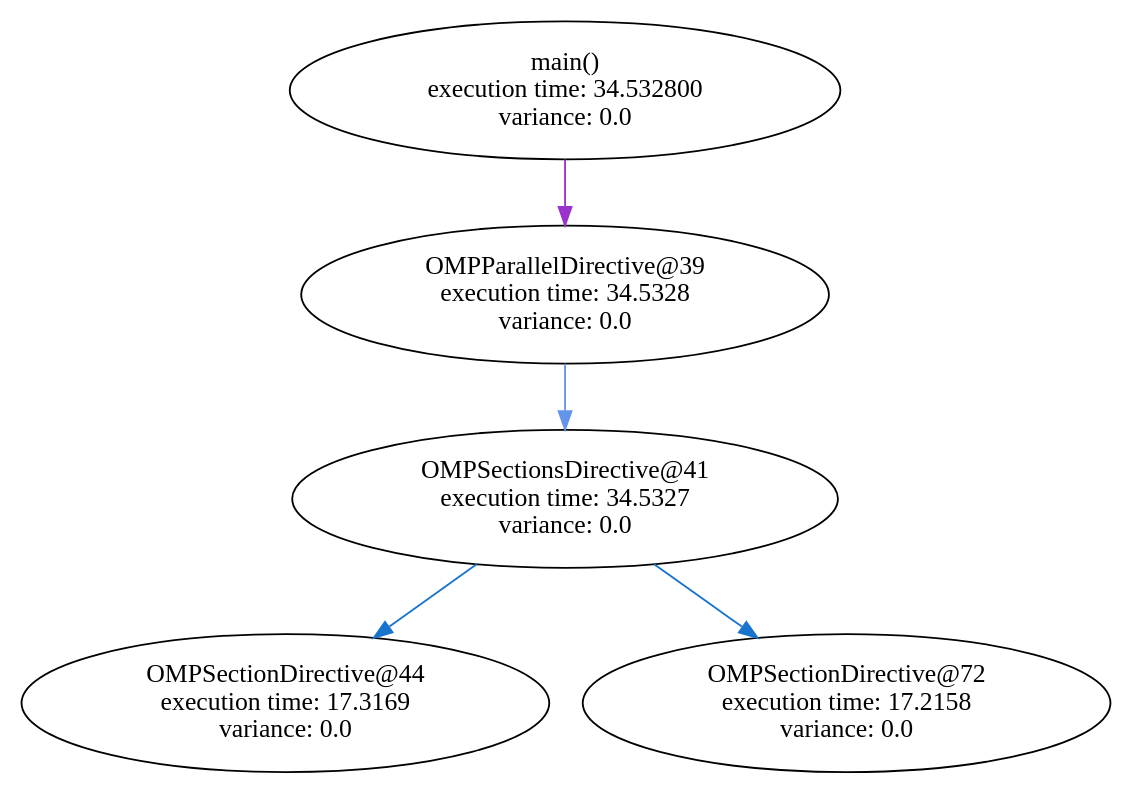
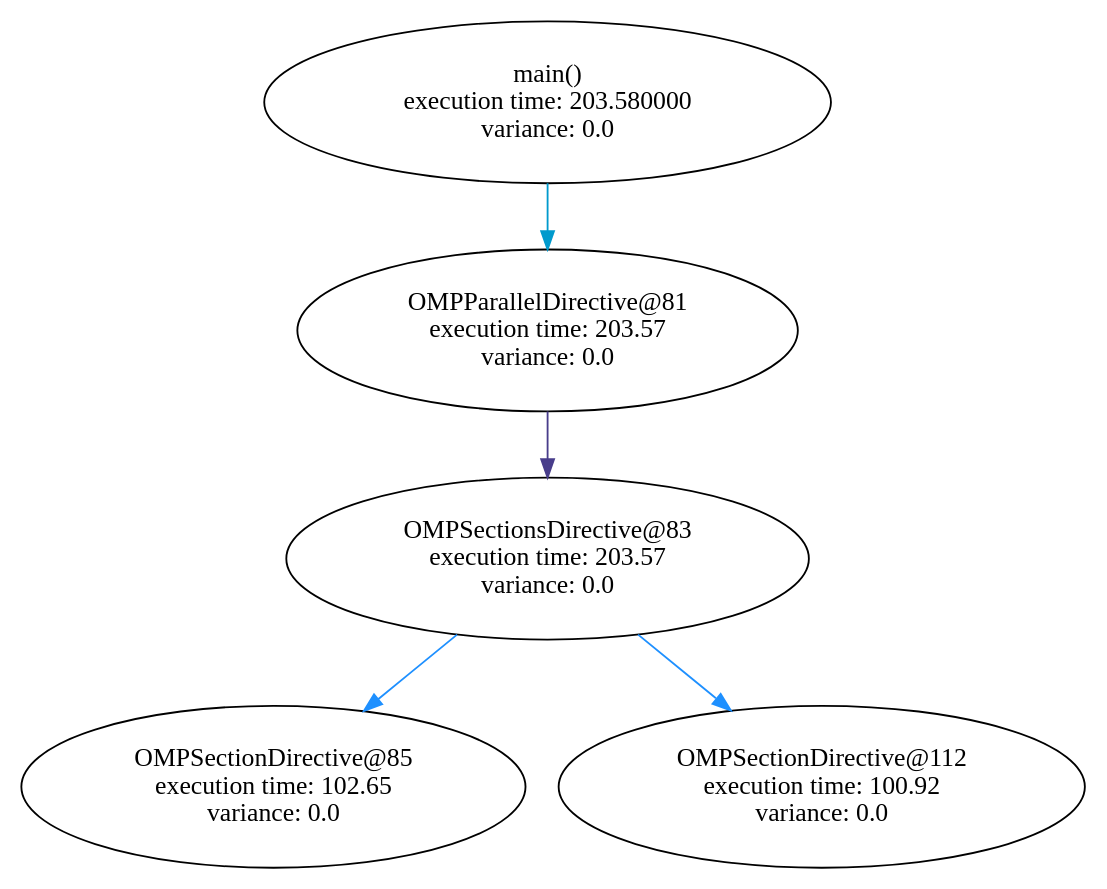
One commit to filippobrizzi/soma changed the diagram in graph_sched/graphs/main_code.dot. Above: the diagram before and after it, drawn with Graphviz. The commit also changed 50 other files, not shown here.

```diff
--- a/graph_sched/graphs/main_code.dot
+++ b/graph_sched/graphs/main_code.dot
@@ -1,32 +1,13 @@
 digraph G {
-	graph [bb="0,0,500,412"];
 	node [label="\N"];
-	main	 [height=1.041,
-		label="main()\n execution time: 34.532800\nvariance: 0.0",
-		pos="250,374",
-		width=3.4507];
-	"OMPParallelDirective@39"	 [height=1.041,
-		label="OMPParallelDirective@39\n execution time: 34.5328\nvariance: 0.0",
-		pos="250,262",
-		width=3.346];
-	main -> "OMPParallelDirective@39"	 [color=darkorchid3,
-		pos="e,250,299.84 250,336.37 250,327.93 250,318.83 250,310.01"];
-	"OMPSectionsDirective@41"	 [height=1.041,
-		label="OMPSectionsDirective@41\n execution time: 34.5327\nvariance: 0.0",
-		pos="250,150",
-		width=3.4507];
-	"OMPParallelDirective@39" -> "OMPSectionsDirective@41"	 [color=cornflowerblue,
-		pos="e,250,187.84 250,224.37 250,215.93 250,206.83 250,198.01"];
-	"OMPSectionDirective@44"	 [height=1.041,
-		label="OMPSectionDirective@44\n execution time: 17.3169\nvariance: 0.0",
-		pos="120,38",
-		width=3.346];
-	"OMPSectionsDirective@41" -> "OMPSectionDirective@44"	 [color=dodgerblue3,
-		pos="e,160.63,73.38 209.22,114.5 196.28,103.54 181.83,91.32 168.4,79.956"];
-	"OMPSectionDirective@72"	 [height=1.041,
-		label="OMPSectionDirective@72\n execution time: 17.2158\nvariance: 0.0",
-		pos="380,38",
-		width=3.346];
-	"OMPSectionsDirective@41" -> "OMPSectionDirective@72"	 [color=dodgerblue3,
-		pos="e,339.37,73.38 290.78,114.5 303.72,103.54 318.17,91.32 331.6,79.956"];
+	graph [bb="0,0,578,460"];
+	main [label="main()\n execution time: 203.580000\nvariance: 0.0", pos="286,416", width="4.2778", height="1.2222"];
+	"OMPParallelDirective@81" [label="OMPParallelDirective@81\n execution time: 203.57\nvariance: 0.0", pos="286,292", width="3.7778", height="1.2222"];
+	"OMPSectionsDirective@83" [label="OMPSectionsDirective@83\n execution time: 203.57\nvariance: 0.0", pos="286,168", width="3.9444", height="1.2222"];
+	"OMPSectionDirective@85" [label="OMPSectionDirective@85\n execution time: 102.65\nvariance: 0.0", pos="137,44", width="3.8056", height="1.2222"];
+	"OMPSectionDirective@112" [label="OMPSectionDirective@112\n execution time: 100.92\nvariance: 0.0", pos="435,44", width="3.9722", height="1.2222"];
+	main -> "OMPParallelDirective@81" [color=deepskyblue3, pos="e,286,336.34 286,371.93 286,363.72 286,355.04 286,346.56"];
+	"OMPParallelDirective@81" -> "OMPSectionsDirective@83" [color=darkslateblue, pos="e,286,212.34 286,247.93 286,239.72 286,231.04 286,222.56"];
+	"OMPSectionsDirective@83" -> "OMPSectionDirective@85" [color=dodgerblue, pos="e,186.4,85.11 236.39,126.71 222.94,115.52 208.27,103.31 194.43,91.797"];
+	"OMPSectionsDirective@83" -> "OMPSectionDirective@112" [color=dodgerblue, pos="e,385.35,85.321 335.61,126.71 348.99,115.58 363.57,103.44 377.35,91.979"];
 }
```
